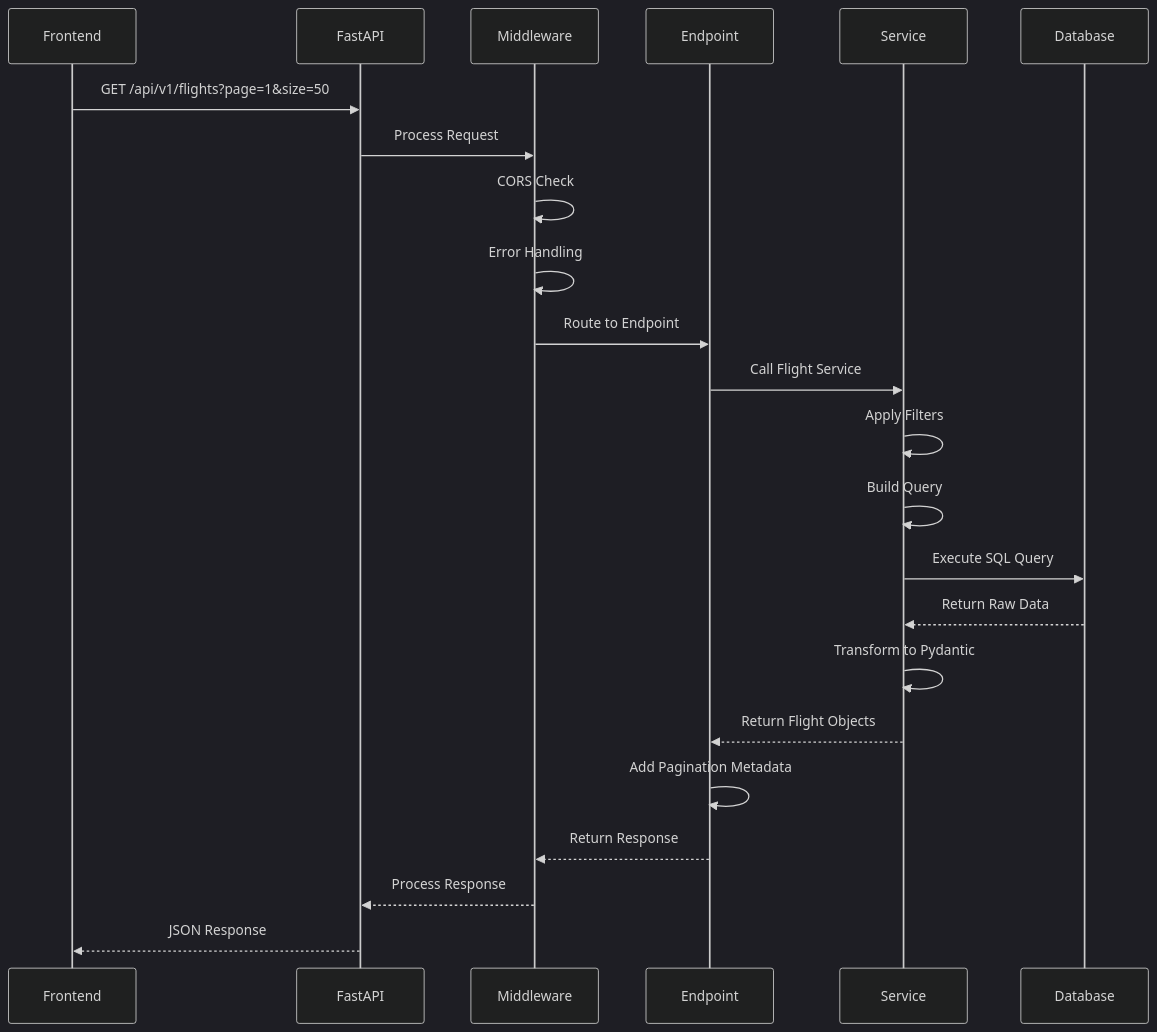
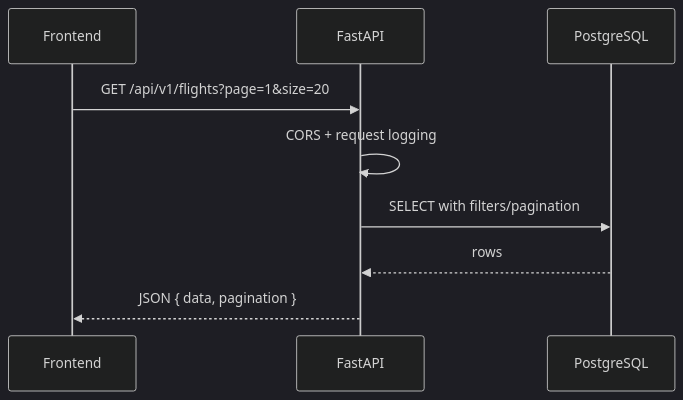
Before and after one commit to Daniel1Maymon/israel-flights-etl: the first of 4 diagrams in docs/architecture/FLOW_DIAGRAM.md, drawn with Mermaid (dark theme). The commit also changed other lines of this file and 40 other files, not shown here.

````diff
--- a/docs/architecture/FLOW_DIAGRAM.md
+++ b/docs/architecture/FLOW_DIAGRAM.md
@@ -69,26 +5,12 @@
 ```mermaid
 sequenceDiagram
-    participant F as Frontend
+    participant FE as Frontend
     participant API as FastAPI
-    participant MW as Middleware
-    participant EP as Endpoint
-    participant SVC as Service
-    participant DB as Database
-    
-    F->>API: GET /api/v1/flights?page=1&size=50
-    API->>MW: Process Request
-    MW->>MW: CORS Check
-    MW->>MW: Error Handling
-    MW->>EP: Route to Endpoint
-    EP->>SVC: Call Flight Service
-    SVC->>SVC: Apply Filters
-    SVC->>SVC: Build Query
-    SVC->>DB: Execute SQL Query
-    DB-->>SVC: Return Raw Data
-    SVC->>SVC: Transform to Pydantic
-    SVC-->>EP: Return Flight Objects
-    EP->>EP: Add Pagination Metadata
-    EP-->>MW: Return Response
-    MW-->>API: Process Response
-    API-->>F: JSON Response
+    participant DB as PostgreSQL
+
+    FE->>API: GET /api/v1/flights?page=1&size=20
+    API->>API: CORS + request logging
+    API->>DB: SELECT with filters/pagination
+    DB-->>API: rows
+    API-->>FE: JSON { data, pagination }
 ```
````
